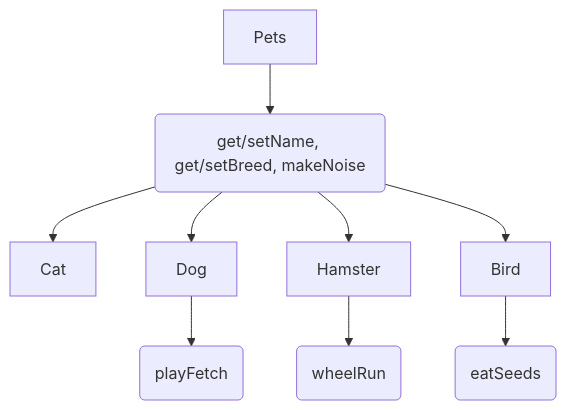
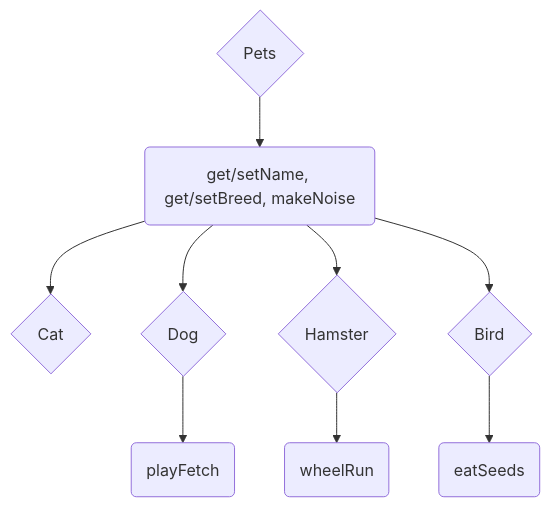
The diagram in README.md (yezzenkhazindar/Lab07PetStoreUpgrade), drawn with Mermaid before and after one commit.

````diff
--- a/README.md
+++ b/README.md
@@ -5,8 +5,8 @@
 ```mermaid
 graph TD;
-    A[Pets]--> E(get/setName, get/setBreed, makeNoise);
-    E --> B[Cat];
-    E --> C[Dog] -->G(playFetch);
-    E --> D[Hamster] --> H(wheelRun);
-    E --> I[Bird] --> J(eatSeeds);
+    A{Pets}--> E(get/setName, get/setBreed, makeNoise);
+    E --> B{Cat};
+    E --> C{Dog} -->G(playFetch);
+    E --> D{Hamster} --> H(wheelRun);
+    E --> I{Bird} --> J(eatSeeds);
 ```
````
